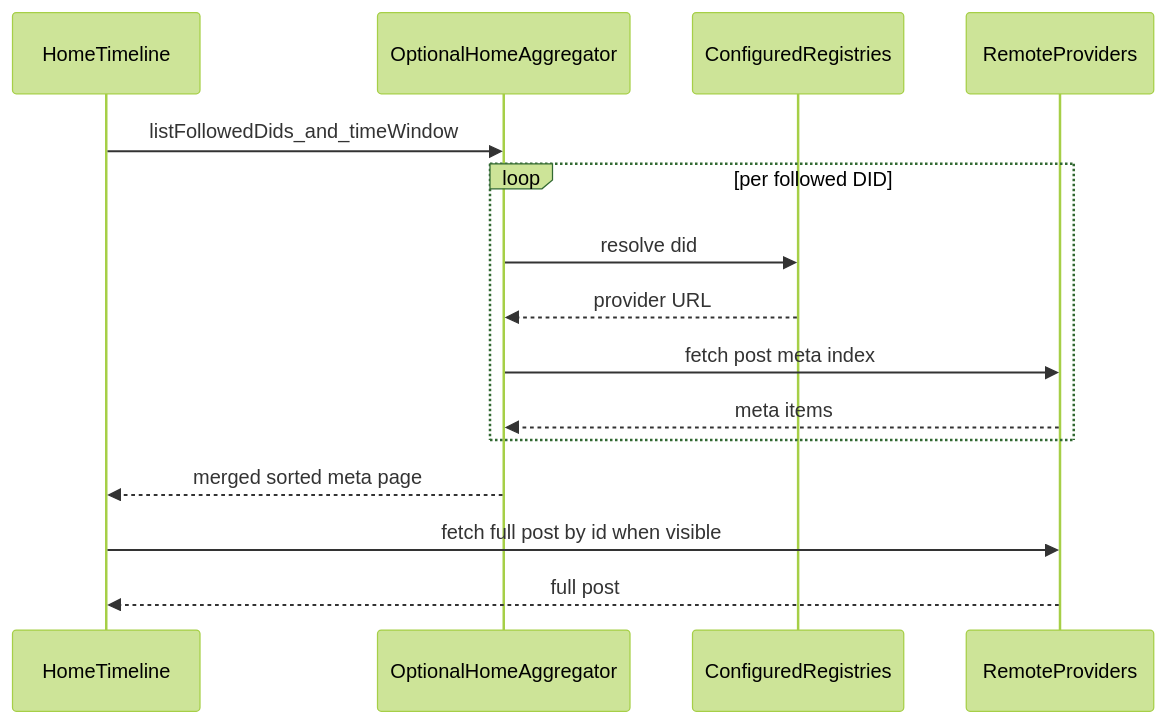
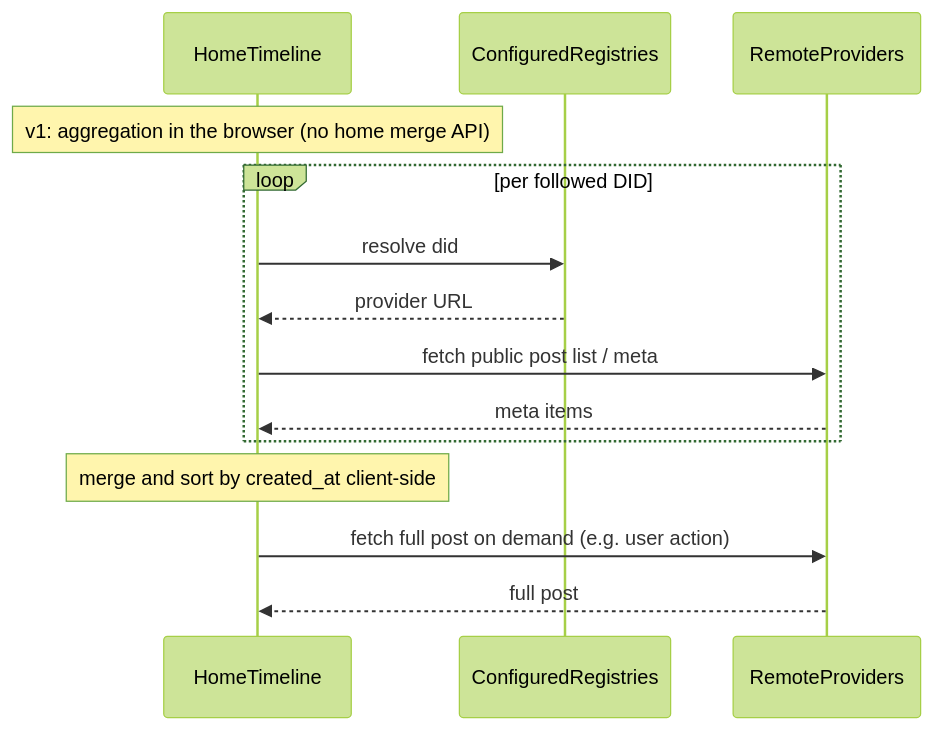
The diagram in apps/docs/app/src/routes/architecture/follows-and-timeline/+page.md (syr-is/syr), drawn with Mermaid (forest theme) before and after one commit. The commit also changed other lines of this file and 1 other file, not shown here.

````diff
--- a/apps/docs/app/src/routes/architecture/follows-and-timeline/+page.md
+++ b/apps/docs/app/src/routes/architecture/follows-and-timeline/+page.md
@@ -117,18 +113,17 @@
 ```mermaid
 sequenceDiagram
   participant UI as HomeTimeline
-  participant HomeAPI as OptionalHomeAggregator
   participant Reg as ConfiguredRegistries
   participant Prov as RemoteProviders
 
-  UI->>HomeAPI: listFollowedDids_and_timeWindow
+  Note over UI: v1: aggregation in the browser (no home merge API)
   loop per followed DID
-    HomeAPI->>Reg: resolve did
-    Reg-->>HomeAPI: provider URL
-    HomeAPI->>Prov: fetch post meta index
-    Prov-->>HomeAPI: meta items
+    UI->>Reg: resolve did
+    Reg-->>UI: provider URL
+    UI->>Prov: fetch public post list / meta
+    Prov-->>UI: meta items
   end
-  HomeAPI-->>UI: merged sorted meta page
-  UI->>Prov: fetch full post by id when visible
+  Note over UI: merge and sort by created_at client-side
+  UI->>Prov: fetch full post on demand (e.g. user action)
   Prov-->>UI: full post
 ```
````
